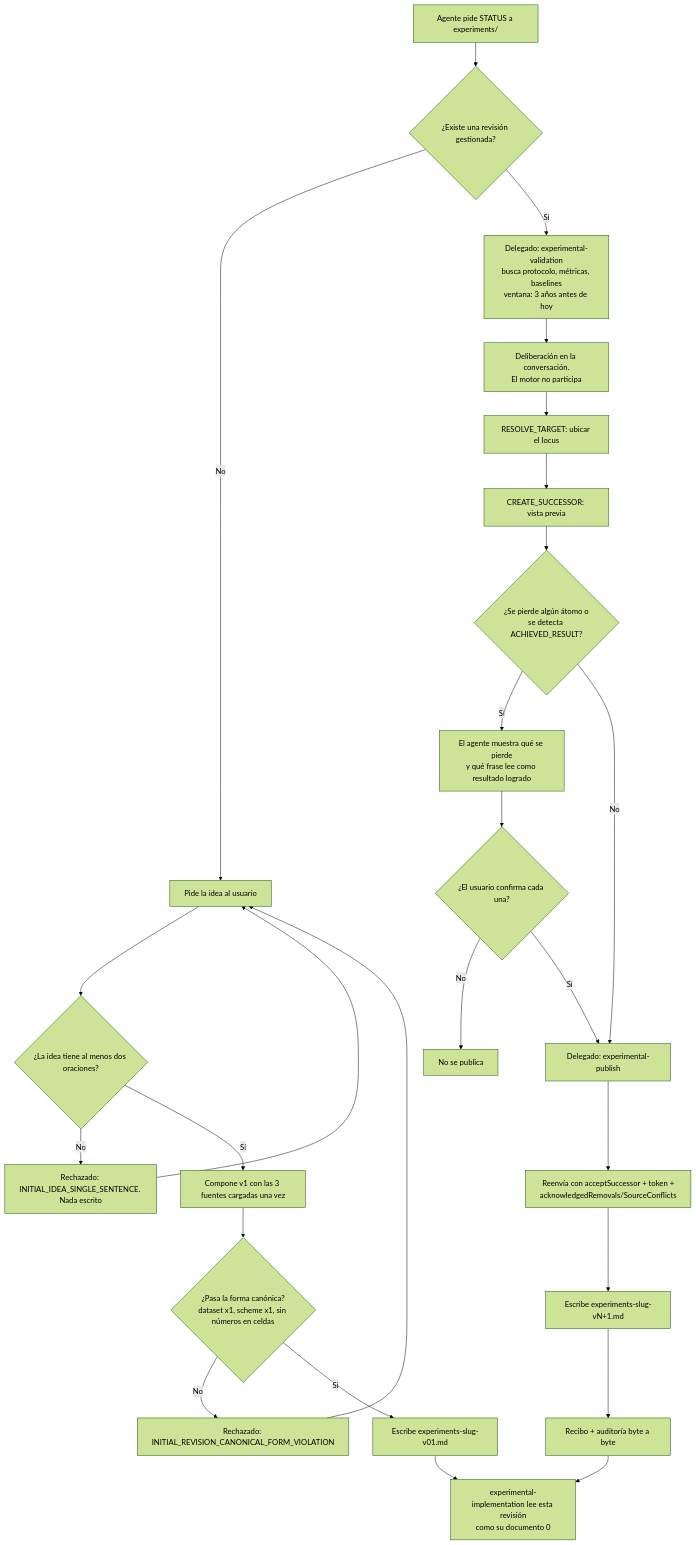
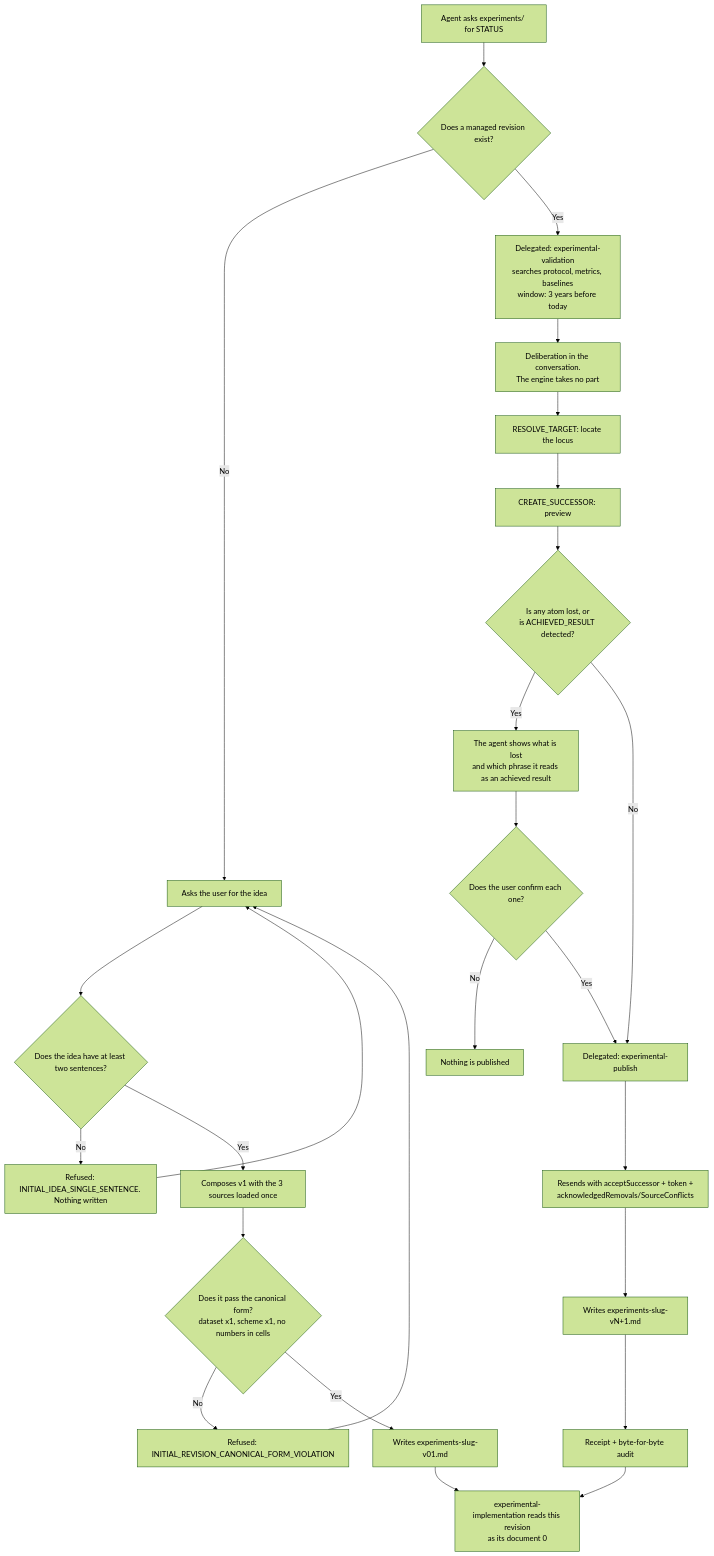
One commit to AndresCdo/papersmith-ai changed the fifth of 10 diagrams in README.md. Above: the diagram before and after it, drawn with Mermaid (forest theme). The commit also changed other lines of this file, not shown here.

First line of the commit message:
docs(readme): the experimental-deliberation anatomy speaks English

````diff
--- a/README.md
+++ b/README.md
@@ -2018,28 +2019,28 @@
 ```mermaid
 flowchart TD
-    A["Agente pide STATUS a experiments/"] --> B{"¿Existe una revisión gestionada?"}
-    B -- No --> C["Pide la idea al usuario"]
-    C --> D{"¿La idea tiene al menos dos oraciones?"}
-    D -- No --> E["Rechazado: INITIAL_IDEA_SINGLE_SENTENCE. Nada escrito"]
+    A["Agent asks experiments/ for STATUS"] --> B{"Does a managed revision exist?"}
+    B -- No --> C["Asks the user for the idea"]
+    C --> D{"Does the idea have at least two sentences?"}
+    D -- No --> E["Refused: INITIAL_IDEA_SINGLE_SENTENCE. Nothing written"]
     E --> C
-    D -- Sí --> F["Compone v1 con las 3 fuentes cargadas una vez"]
-    F --> G{"¿Pasa la forma canónica?<br/>dataset x1, scheme x1, sin números en celdas"}
-    G -- No --> H["Rechazado: INITIAL_REVISION_CANONICAL_FORM_VIOLATION"]
+    D -- Yes --> F["Composes v1 with the 3 sources loaded once"]
+    F --> G{"Does it pass the canonical form?<br/>dataset x1, scheme x1, no numbers in cells"}
+    G -- No --> H["Refused: INITIAL_REVISION_CANONICAL_FORM_VIOLATION"]
     H --> C
-    G -- Sí --> I["Escribe experiments-slug-v01.md"]
-    B -- Sí --> J["Delegado: experimental-validation<br/>busca protocolo, métricas, baselines<br/>ventana: 3 años antes de hoy"]
-    J --> K["Deliberación en la conversación.<br/>El motor no participa"]
-    K --> L["RESOLVE_TARGET: ubicar el locus"]
-    L --> M["CREATE_SUCCESSOR: vista previa"]
-    M --> N{"¿Se pierde algún átomo o<br/>se detecta ACHIEVED_RESULT?"}
-    N -- Sí --> O["El agente muestra qué se pierde<br/>y qué frase lee como resultado logrado"]
-    O --> P{"¿El usuario confirma cada una?"}
-    P -- No --> Q["No se publica"]
-    N -- No --> R["Delegado: experimental-publish"]
-    P -- Sí --> R
-    R --> S["Reenvía con acceptSuccessor + token +<br/>acknowledgedRemovals/SourceConflicts"]
-    S --> T["Escribe experiments-slug-vN+1.md"]
-    T --> U["Recibo + auditoría byte a byte"]
-    I --> V["experimental-implementation lee esta revisión<br/>como su documento 0"]
+    G -- Yes --> I["Writes experiments-slug-v01.md"]
+    B -- Yes --> J["Delegated: experimental-validation<br/>searches protocol, metrics, baselines<br/>window: 3 years before today"]
+    J --> K["Deliberation in the conversation.<br/>The engine takes no part"]
+    K --> L["RESOLVE_TARGET: locate the locus"]
+    L --> M["CREATE_SUCCESSOR: preview"]
+    M --> N{"Is any atom lost, or<br/>is ACHIEVED_RESULT detected?"}
+    N -- Yes --> O["The agent shows what is lost<br/>and which phrase it reads as an achieved result"]
+    O --> P{"Does the user confirm each one?"}
+    P -- No --> Q["Nothing is published"]
+    N -- No --> R["Delegated: experimental-publish"]
+    P -- Yes --> R
+    R --> S["Resends with acceptSuccessor + token +<br/>acknowledgedRemovals/SourceConflicts"]
+    S --> T["Writes experiments-slug-vN+1.md"]
+    T --> U["Receipt + byte-for-byte audit"]
+    I --> V["experimental-implementation reads this revision<br/>as its document 0"]
     U --> V
 ```
````
